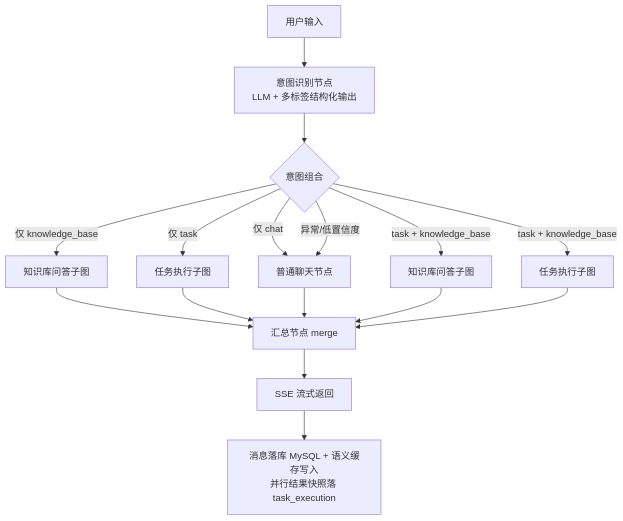
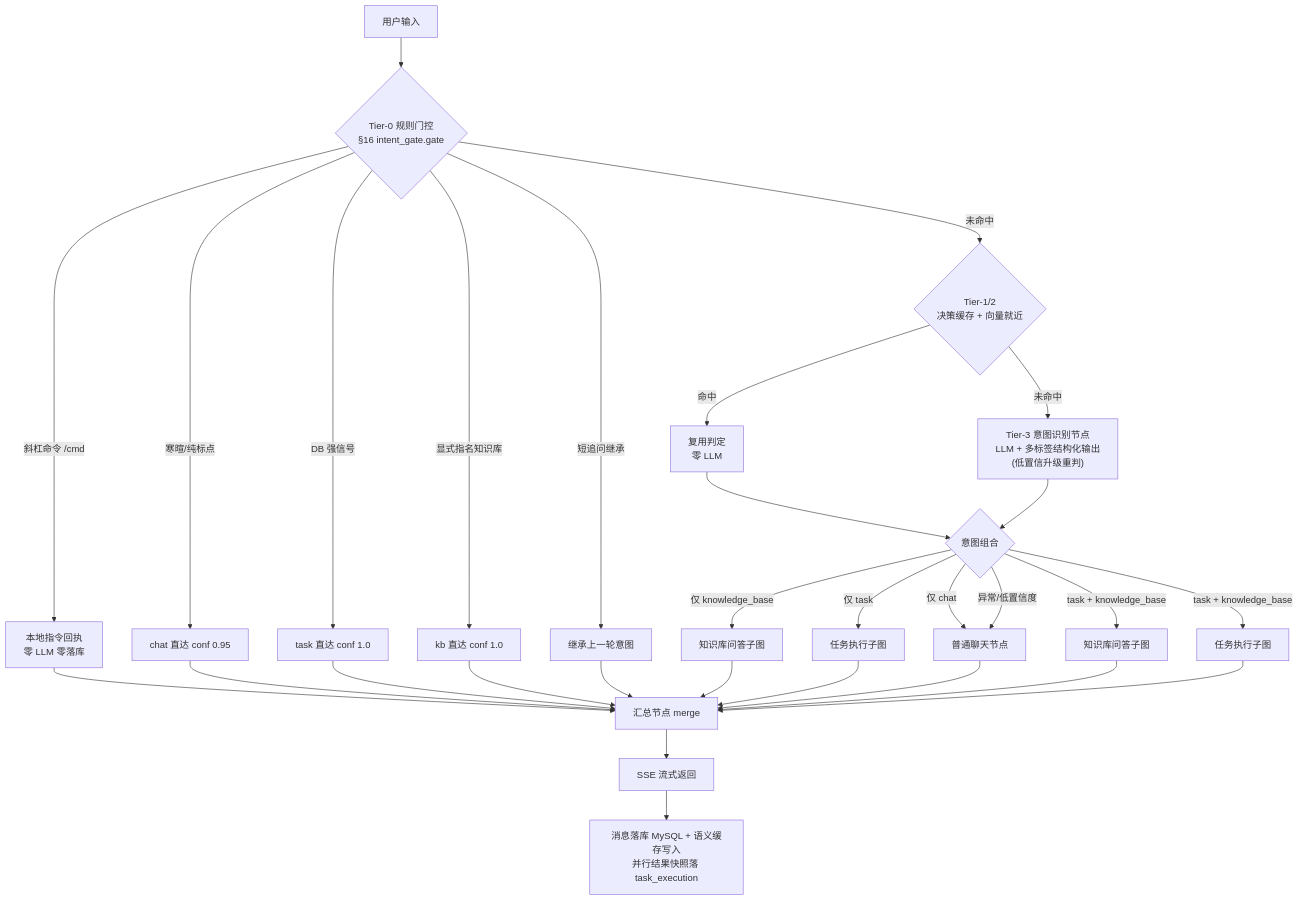
One commit to zzdcoder/lingxi-agent-new changed the first of 8 diagrams in docs/lingxi_agent_langgraph_redesign.md. Above: the diagram before and after it, drawn with Mermaid. The commit also changed other lines of this file and 34 other files, not shown here.

````diff
--- a/docs/lingxi_agent_langgraph_redesign.md
+++ b/docs/lingxi_agent_langgraph_redesign.md
@@ -501,18 +558,32 @@
 ```mermaid
 flowchart TD
-    A[用户输入] --> B[意图识别节点<br/>LLM + 多标签结构化输出]
-    B --> C{意图组合}
+    A[用户输入] --> A0{"Tier-0 规则门控<br/>§16 intent_gate.gate"}
+    A0 -->|斜杠命令 /cmd| A1[本地指令回执<br/>零 LLM 零落库]
+    A0 -->|寒暄/纯标点| A2[chat 直达 conf 0.95]
+    A0 -->|DB 强信号| A3[task 直达 conf 1.0]
+    A0 -->|显式指名知识库| A4[kb 直达 conf 1.0]
+    A0 -->|短追问继承| A5[继承上一轮意图]
+    A0 -->|未命中| A6{"Tier-1/2<br/>决策缓存 + 向量就近"}
+    A6 -->|命中| A7[复用判定<br/>零 LLM]
+    A6 -->|未命中| B["Tier-3 意图识别节点<br/>LLM + 多标签结构化输出<br/>(低置信升级重判)"]
+    A1 --> I[汇总节点 merge]
+    A2 --> I
+    A3 --> I
+    A4 --> I
+    A5 --> I
+    A7 --> C{意图组合}
+    B --> C
     C -->|仅 knowledge_base| D[知识库问答子图]
     C -->|仅 task| E[任务执行子图]
     C -->|仅 chat| F[普通聊天节点]
     C -->|task + knowledge_base| G[知识库问答子图]
     C -->|task + knowledge_base| H[任务执行子图]
     C -->|异常/低置信度| F
-    D --> I[汇总节点 merge]
+    D --> I
     E --> I
     F --> I
     G --> I
     H --> I
     I --> J[SSE 流式返回]
     J --> K[消息落库 MySQL + 语义缓存写入<br/>并行结果快照落 task_execution]
 ```
````
